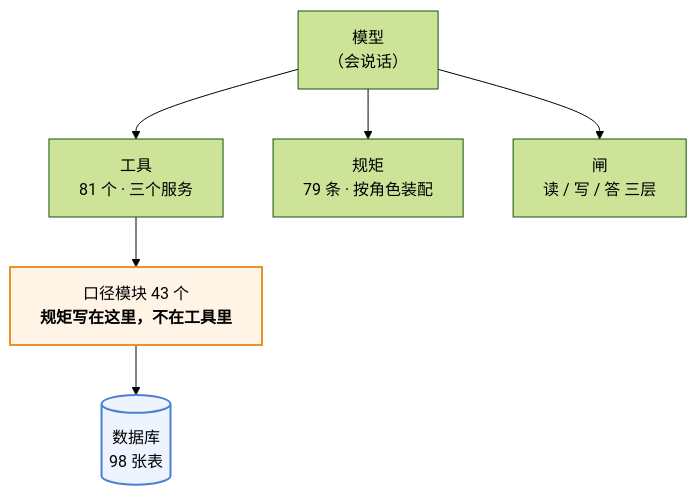
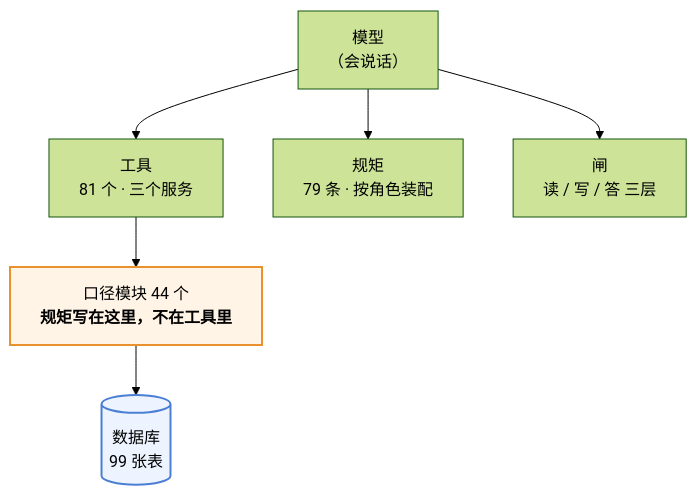
The first of 3 diagrams in 澜绣云裳agent-产品说明.md (843773296-rgb/lanxiu-yunshang-agent), drawn with Mermaid (forest theme) before and after one commit. The commit also changed other lines of this file and 16 other files, not shown here.

````diff
--- a/澜绣云裳agent-产品说明.md
+++ b/澜绣云裳agent-产品说明.md
@@ -62,12 +62,12 @@
 ```mermaid
 flowchart TD
     M["模型<br/>（会说话）"]
     M --> T["工具<br/>81 个 · 三个服务"]
     M --> R["规矩<br/>79 条 · 按角色装配"]
     M --> G["闸<br/>读 / 写 / 答 三层"]
-    T --> K["口径模块 43 个<br/><b>规矩写在这里，不在工具里</b>"]
-    K --> DB[("数据库<br/>98 张表")]
+    T --> K["口径模块 44 个<br/><b>规矩写在这里，不在工具里</b>"]
+    K --> DB[("数据库<br/>99 张表")]
 
     style K fill:#fff4e6,stroke:#e8912d,stroke-width:2px
     style DB fill:#eef4ff,stroke:#4a7fd4,stroke-width:2px
 ```
````
